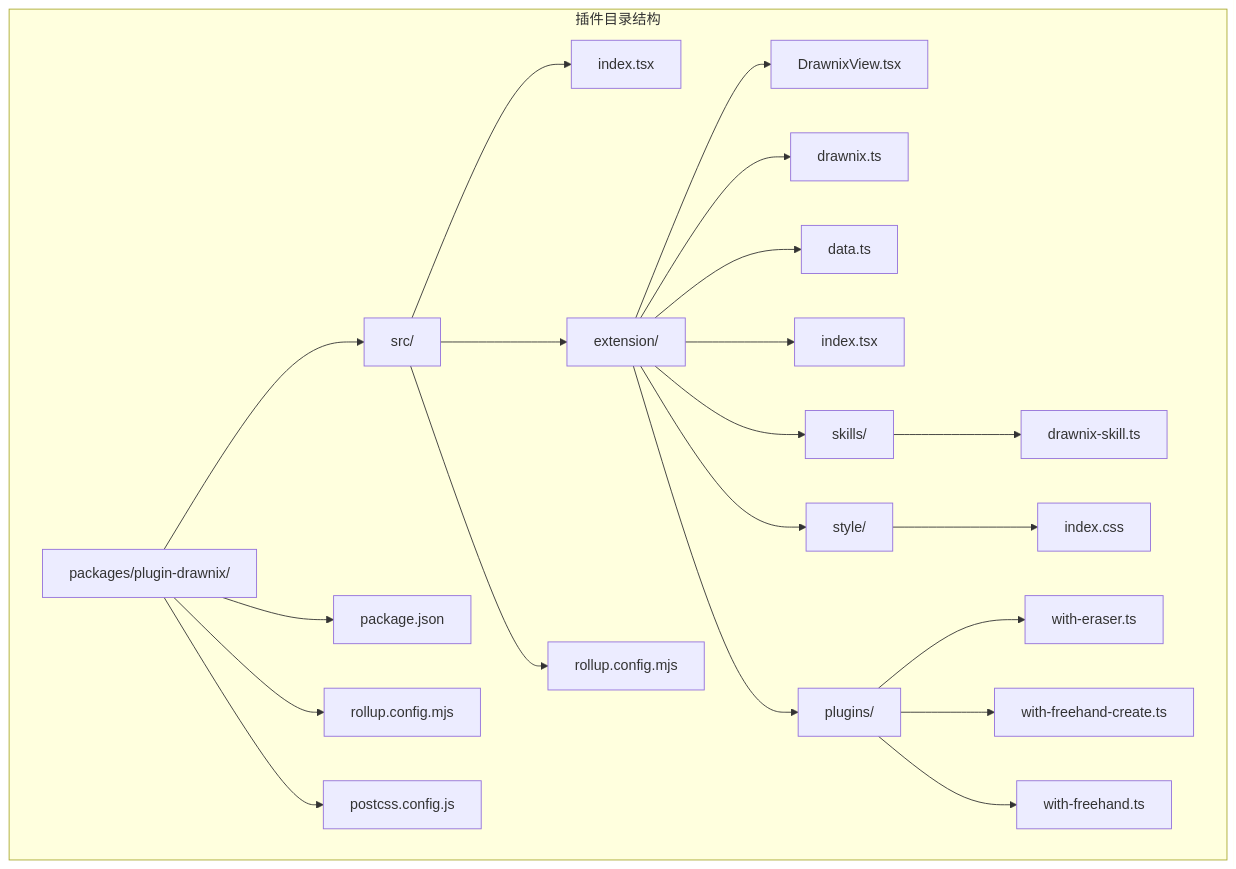
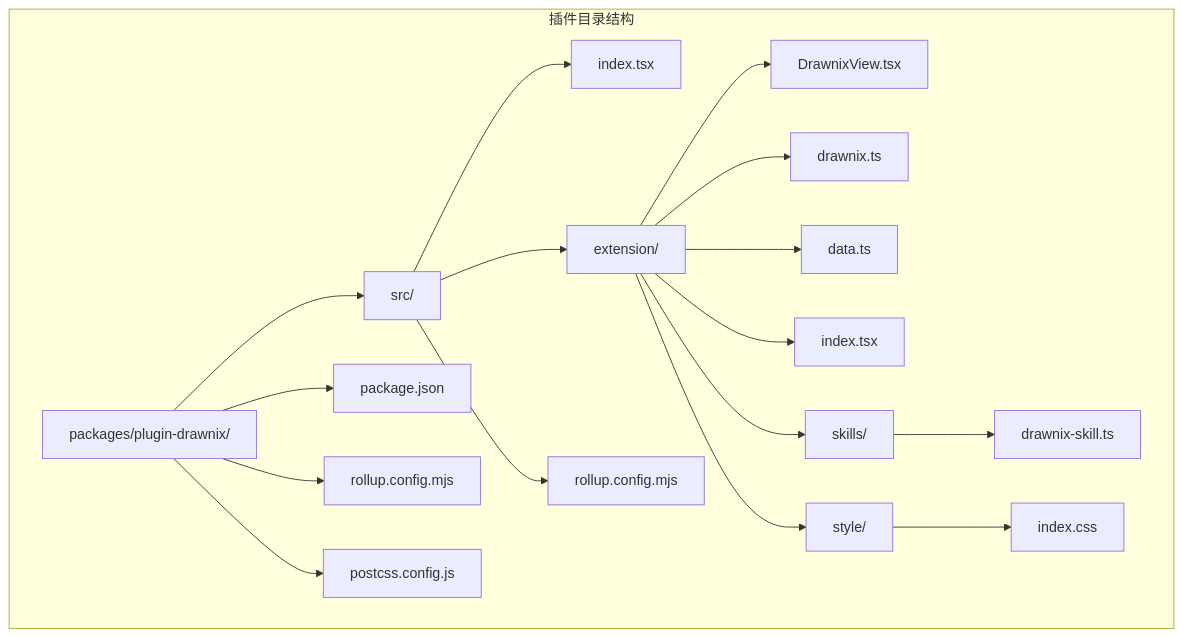
One commit to LRF0422/Kotion changed the first of 10 diagrams in .qoder/repowiki/zh/content/Plugin Drawnix.md. Above: the diagram before and after it, drawn with Mermaid. The commit also changed other lines of this file and 14 other files, not shown here.

````diff
--- a/.qoder/repowiki/zh/content/Plugin Drawnix.md
+++ b/.qoder/repowiki/zh/content/Plugin Drawnix.md
@@ -50,24 +43,20 @@
 ```mermaid
 graph TB
 subgraph "插件目录结构"
 A[packages/plugin-drawnix/] --> B[src/]
 A --> C[package.json]
 A --> D[rollup.config.mjs]
 A --> E[postcss.config.js]
 B --> F[index.tsx]
 B --> G[extension/]
 B --> H[rollup.config.mjs]
 G --> I[DrawnixView.tsx]
 G --> J[drawnix.ts]
 G --> K[data.ts]
 G --> L[index.tsx]
 G --> M[skills/]
 G --> N[style/]
-G --> O[plugins/]
 M --> P[drawnix-skill.ts]
 N --> Q[index.css]
-O --> R[with-eraser.ts]
-O --> S[with-freehand-create.ts]
-O --> T[with-freehand.ts]
 end
 ```
````
